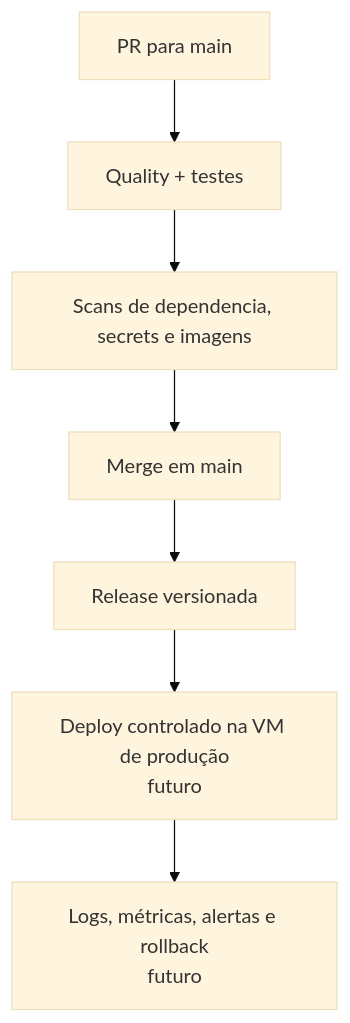
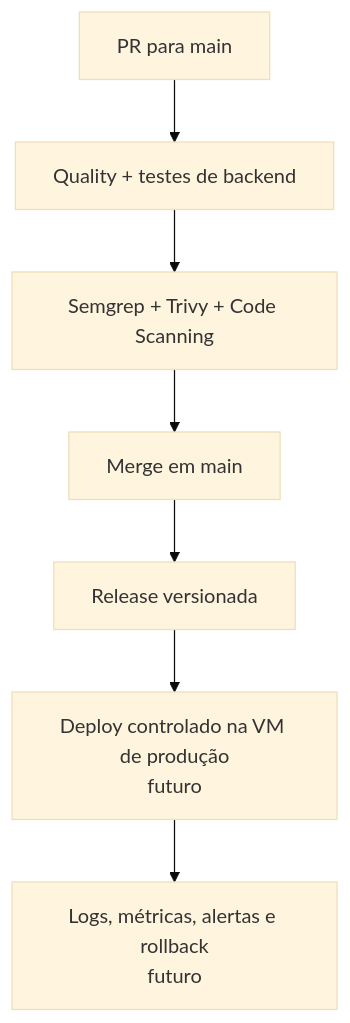
The third of 3 diagrams in docs/wiki/Esteira-de-CI-CD.md (ifpebj-ti/inventario-patrimonio-cces), drawn with Mermaid (base theme) before and after one commit. The commit also changed other lines of this file and 6 other files, not shown here.

````diff
--- a/docs/wiki/Esteira-de-CI-CD.md
+++ b/docs/wiki/Esteira-de-CI-CD.md
@@ -74,12 +77,12 @@
 ```mermaid
 flowchart TD
     pr["PR para main"]
-    quality["Quality + testes"]
-    scans["Scans de dependencia, secrets e imagens"]
+    quality["Quality + testes de backend"]
+    scans["Semgrep + Trivy + Code Scanning"]
     merge["Merge em main"]
     release["Release versionada"]
     deployProd["Deploy controlado na VM de produção<br/>futuro"]
     monitor["Logs, métricas, alertas e rollback<br/>futuro"]
 
     pr --> quality --> scans --> merge --> release --> deployProd --> monitor
 ```
````
